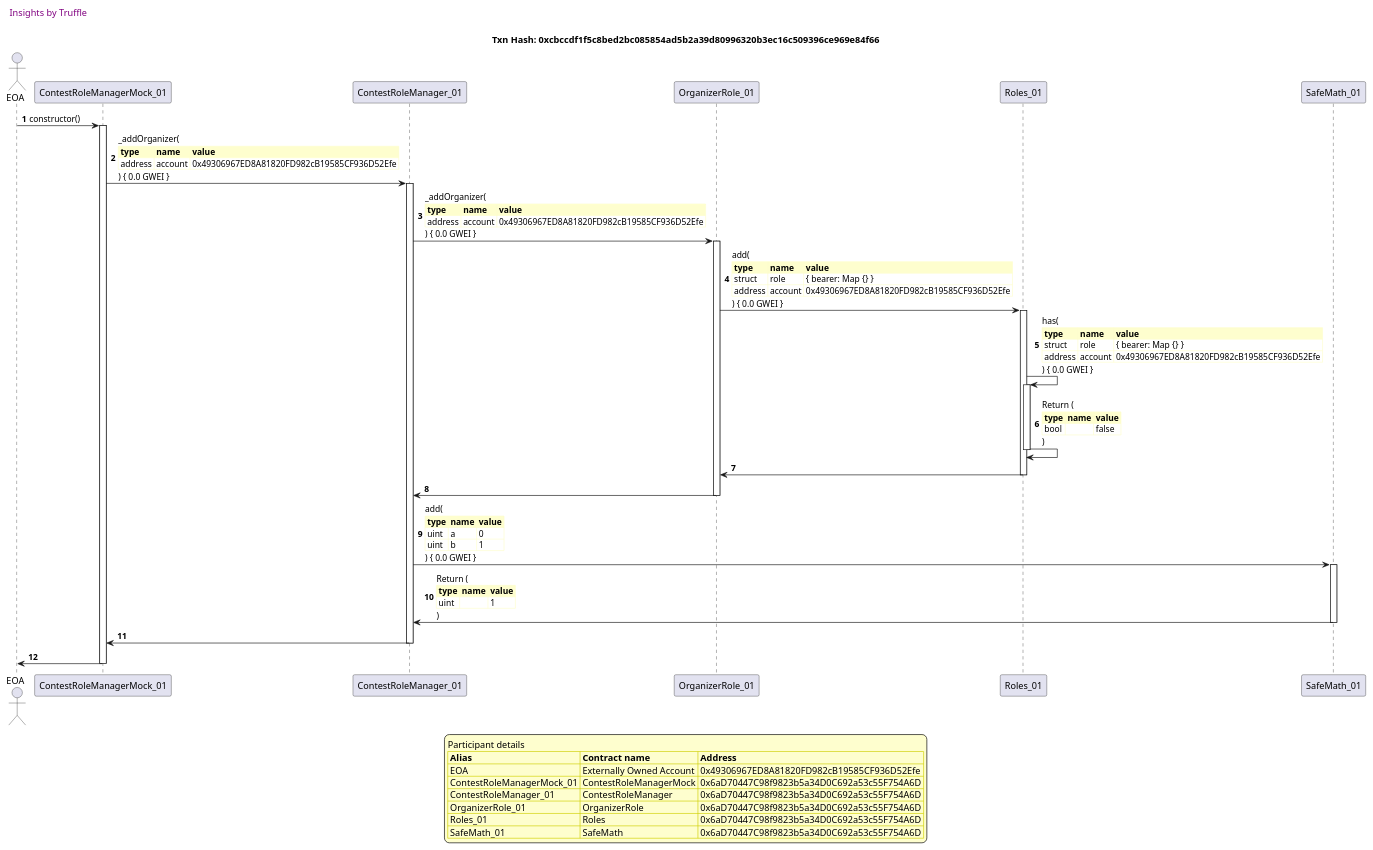
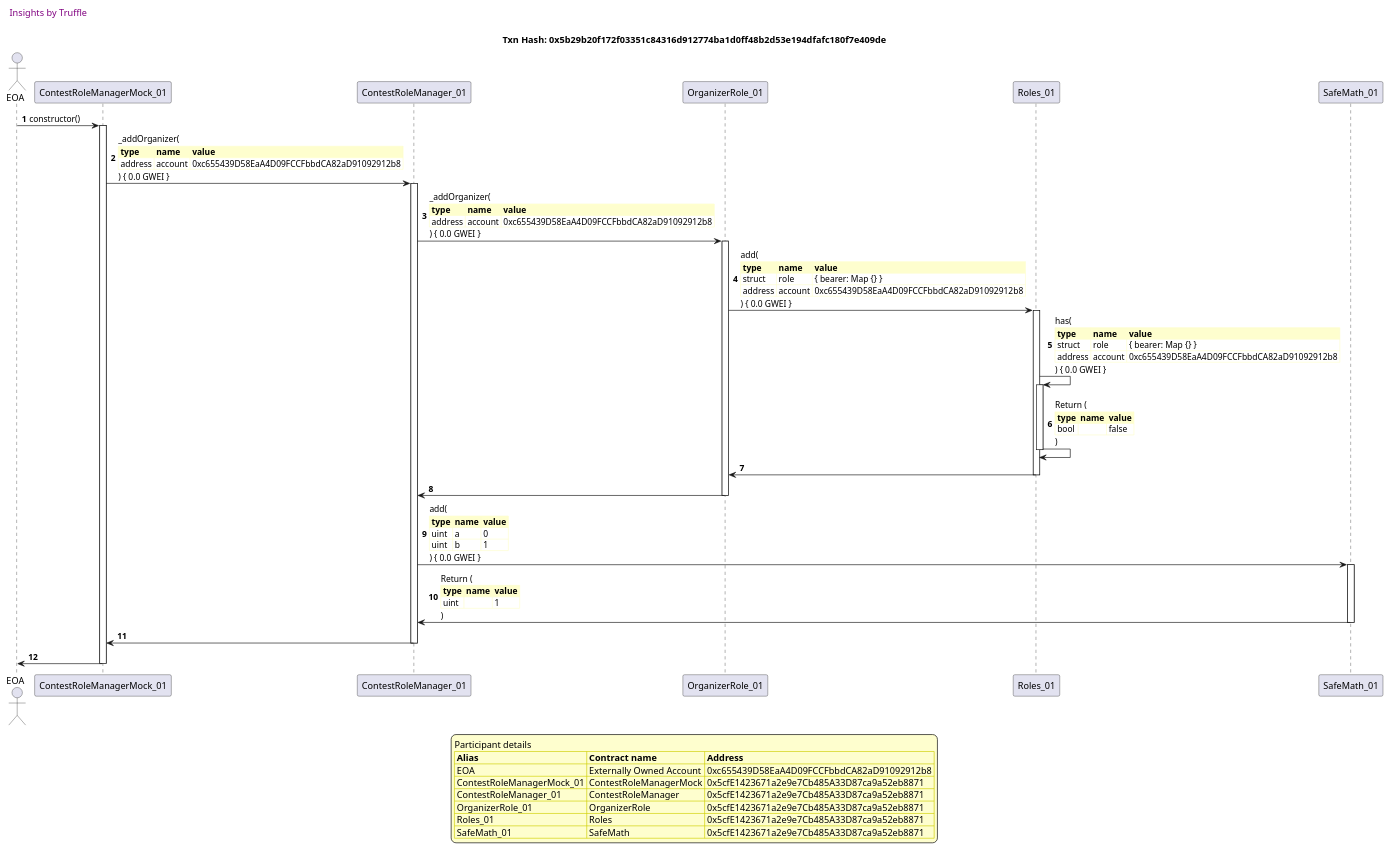
One commit to fodisi/hackapay changed the seventh of 20 diagrams in truffle-seq/roles_contestrolemanager.md. Above: the diagram before and after it, drawn with PlantUML. The commit also changed other lines of this file and 10 other files, not shown here.

````diff
--- a/truffle-seq/roles_contestrolemanager.md
+++ b/truffle-seq/roles_contestrolemanager.md
@@ -557,79 +551,79 @@
 ```plantuml
 
 
 @startuml
 
 autonumber
 skinparam legendBackgroundColor #FEFECE
 
 <style>
       header {
         HorizontalAlignment left
         FontColor purple
         FontSize 14
         Padding 10
       }
     </style>
 
 header Insights by Truffle
 
-title Txn Hash: 0xcbccdf1f5c8bed2bc085854ad5b2a39d80996320b3ec16c509396ce969e84f66
+title Txn Hash: 0x5b29b20f172f03351c84316d912774ba1d0ff48b2d53e194dfafc180f7e409de
 
 
 actor EOA as "EOA"
 participant ContestRoleManagerMock_01 as "ContestRoleManagerMock_01"
 participant ContestRoleManager_01 as "ContestRoleManager_01"
 participant OrganizerRole_01 as "OrganizerRole_01"
 participant Roles_01 as "Roles_01"
 participant SafeMath_01 as "SafeMath_01"
 
 "EOA" -> "ContestRoleManagerMock_01" ++: constructor()
 "ContestRoleManagerMock_01" -> "ContestRoleManager_01" ++: _addOrganizer(\n\
 <#FEFECE,#FEFECE>|= type |= name |= value |\n\
-| address | account | 0x49306967ED8A81820FD982cB19585CF936D52Efe |\n\
+| address | account | 0xc655439D58EaA4D09FCCFbbdCA82aD91092912b8 |\n\
 ) { 0.0 GWEI }
 "ContestRoleManager_01" -> "OrganizerRole_01" ++: _addOrganizer(\n\
 <#FEFECE,#FEFECE>|= type |= name |= value |\n\
-| address | account | 0x49306967ED8A81820FD982cB19585CF936D52Efe |\n\
+| address | account | 0xc655439D58EaA4D09FCCFbbdCA82aD91092912b8 |\n\
 ) { 0.0 GWEI }
 "OrganizerRole_01" -> "Roles_01" ++: add(\n\
 <#FEFECE,#FEFECE>|= type |= name |= value |\n\
 | struct | role | { bearer: Map {} } |\n\
-| address | account | 0x49306967ED8A81820FD982cB19585CF936D52Efe |\n\
+| address | account | 0xc655439D58EaA4D09FCCFbbdCA82aD91092912b8 |\n\
 ) { 0.0 GWEI }
 "Roles_01" -> "Roles_01" ++: has(\n\
 <#FEFECE,#FEFECE>|= type |= name |= value |\n\
 | struct | role | { bearer: Map {} } |\n\
-| address | account | 0x49306967ED8A81820FD982cB19585CF936D52Efe |\n\
+| address | account | 0xc655439D58EaA4D09FCCFbbdCA82aD91092912b8 |\n\
 ) { 0.0 GWEI }
 "Roles_01" -> "Roles_01" --: Return (\n\
 <#FEFECE,#FEFECE>|= type |= name |= value |\n\
 | bool |  | false |\n\
 )
 "Roles_01" -> "OrganizerRole_01" --: 
 "OrganizerRole_01" -> "ContestRoleManager_01" --: 
 "ContestRoleManager_01" -> "SafeMath_01" ++: add(\n\
 <#FEFECE,#FEFECE>|= type |= name |= value |\n\
 | uint | a | 0 |\n\
 | uint | b | 1 |\n\
 ) { 0.0 GWEI }
 "SafeMath_01" -> "ContestRoleManager_01" --: Return (\n\
 <#FEFECE,#FEFECE>|= type |= name |= value |\n\
 | uint |  | 1 |\n\
 )
 "ContestRoleManager_01" -> "ContestRoleManagerMock_01" --: 
 "ContestRoleManagerMock_01" -> "EOA" --: 
 
 legend
 Participant details
 <#FEFECE,#D0D000>|= Alias |= Contract name |= Address |
-<#FEFECE>| EOA | Externally Owned Account | 0x49306967ED8A81820FD982cB19585CF936D52Efe |
-<#FEFECE>| ContestRoleManagerMock_01 | ContestRoleManagerMock | 0x6aD70447C98f9823b5a34D0C692a53c55F754A6D |
-<#FEFECE>| ContestRoleManager_01 | ContestRoleManager | 0x6aD70447C98f9823b5a34D0C692a53c55F754A6D |
-<#FEFECE>| OrganizerRole_01 | OrganizerRole | 0x6aD70447C98f9823b5a34D0C692a53c55F754A6D |
-<#FEFECE>| Roles_01 | Roles | 0x6aD70447C98f9823b5a34D0C692a53c55F754A6D |
-<#FEFECE>| SafeMath_01 | SafeMath | 0x6aD70447C98f9823b5a34D0C692a53c55F754A6D |
+<#FEFECE>| EOA | Externally Owned Account | 0xc655439D58EaA4D09FCCFbbdCA82aD91092912b8 |
+<#FEFECE>| ContestRoleManagerMock_01 | ContestRoleManagerMock | 0x5cfE1423671a2e9e7Cb485A33D87ca9a52eb8871 |
+<#FEFECE>| ContestRoleManager_01 | ContestRoleManager | 0x5cfE1423671a2e9e7Cb485A33D87ca9a52eb8871 |
+<#FEFECE>| OrganizerRole_01 | OrganizerRole | 0x5cfE1423671a2e9e7Cb485A33D87ca9a52eb8871 |
+<#FEFECE>| Roles_01 | Roles | 0x5cfE1423671a2e9e7Cb485A33D87ca9a52eb8871 |
+<#FEFECE>| SafeMath_01 | SafeMath | 0x5cfE1423671a2e9e7Cb485A33D87ca9a52eb8871 |
 endlegend
 
 @enduml
 ```
````
